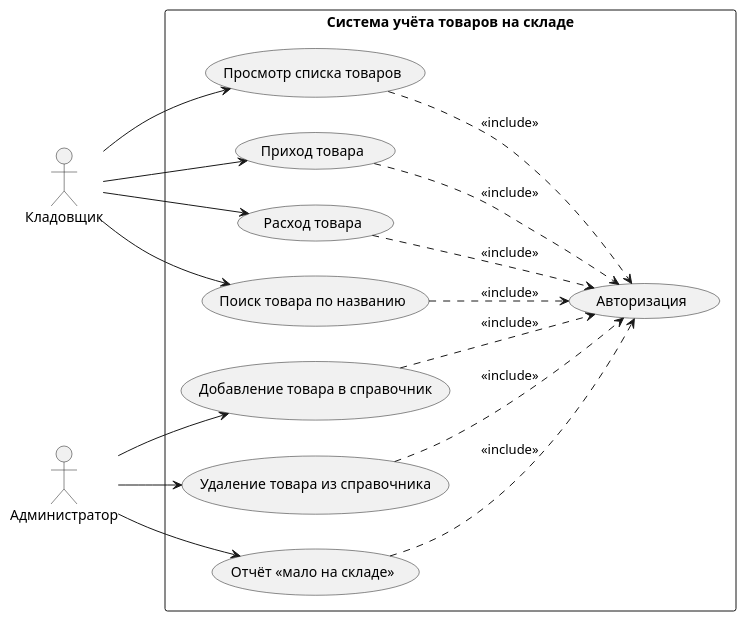
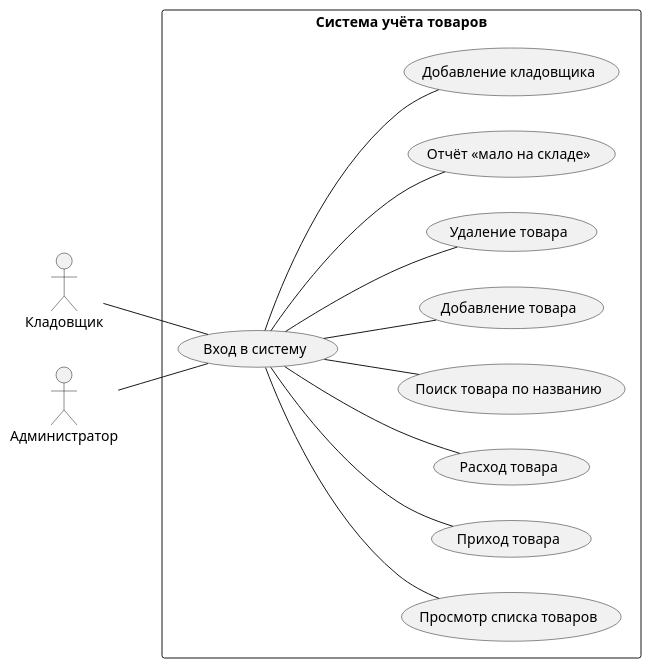
Before and after one commit to milalalala127/warehouse: the diagram in docs/diagrams/usecase.puml, drawn with PlantUML. The commit also changed 8 other files, not shown here.

```diff
--- a/docs/diagrams/usecase.puml
+++ b/docs/diagrams/usecase.puml
@@ -1,38 +1,37 @@
 @startuml
 left to right direction
-skinparam packageStyle rectangle
 
 actor "Кладовщик" as Sklad
 actor "Администратор" as Admin
 
-package "Система учёта товаров на складе" {
-
-  usecase "Авторизация" as UC_Auth
-  usecase "Просмотр списка товаров" as UC_View
-  usecase "Приход товара" as UC_In
-  usecase "Расход товара" as UC_Out
-  usecase "Поиск товара по названию" as UC_Search
-  usecase "Добавление товара в справочник" as UC_Add
-  usecase "Удаление товара из справочника" as UC_Del
-  usecase "Отчёт «мало на складе»" as UC_Report
-
+rectangle "Система учёта товаров" {
+    usecase "Вход в систему" as UC_Login
+    
+    ' Действия кладовщика
+    usecase "Просмотр списка товаров" as UC_View
+    usecase "Приход товара" as UC_In
+    usecase "Расход товара" as UC_Out
+    usecase "Поиск товара по названию" as UC_Search
+    
+    ' Действия администратора
+    usecase "Добавление товара" as UC_Add
+    usecase "Удаление товара" as UC_Del
+    usecase "Отчёт «мало на складе»" as UC_Report
+    usecase "Добавление кладовщика" as UC_AddSklad
 }
 
-Sklad --> UC_View
-Sklad --> UC_In
-Sklad --> UC_Out
-Sklad --> UC_Search
+Sklad -- UC_Login
+Admin -- UC_Login
 
-Admin --> UC_Add
-Admin --> UC_Del
-Admin --> UC_Report
+' От входа ко всем действиям
+UC_Login -- UC_View
+UC_Login -- UC_In
+UC_Login -- UC_Out
+UC_Login -- UC_Search
 
-UC_View ..> UC_Auth : <<include>>
-UC_In ..> UC_Auth : <<include>>
-UC_Out ..> UC_Auth : <<include>>
-UC_Search ..> UC_Auth : <<include>>
-UC_Add ..> UC_Auth : <<include>>
-UC_Del ..> UC_Auth : <<include>>
-UC_Report ..> UC_Auth : <<include>>
+UC_Login -- UC_Add
+UC_Login -- UC_Del
+UC_Login -- UC_Report
+UC_Login -- UC_AddSklad
 
 @enduml
```
